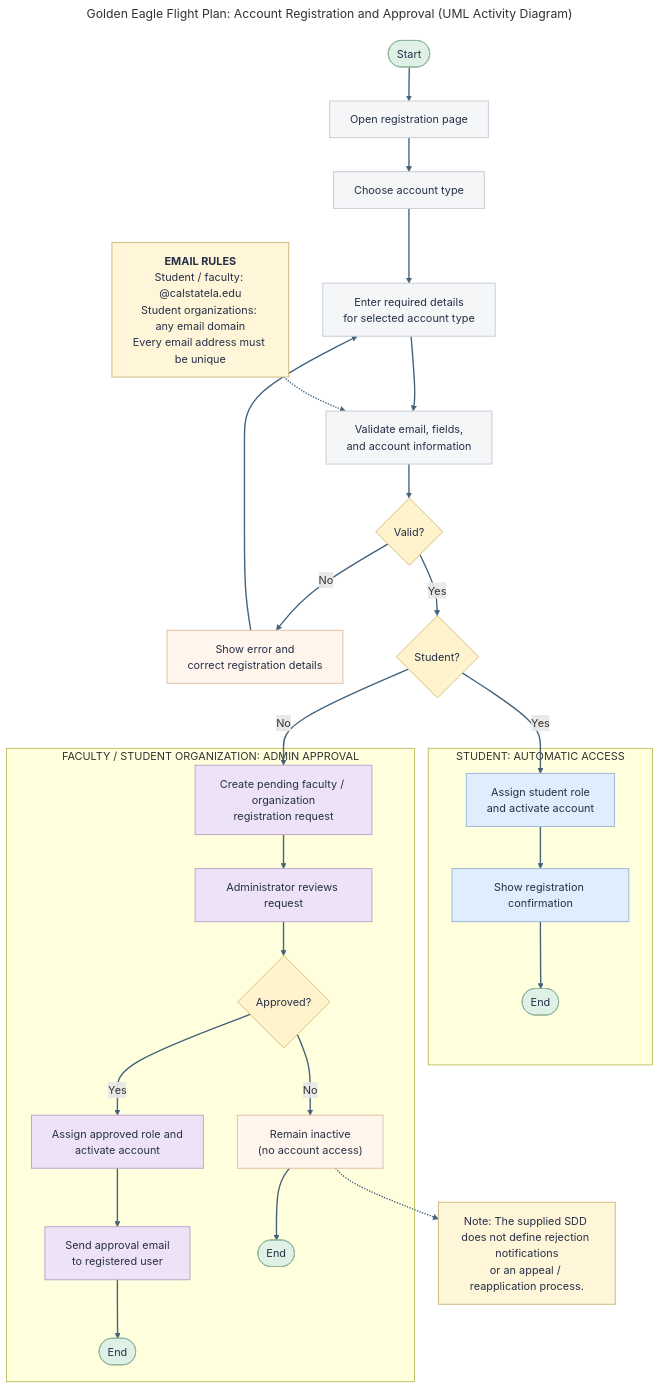
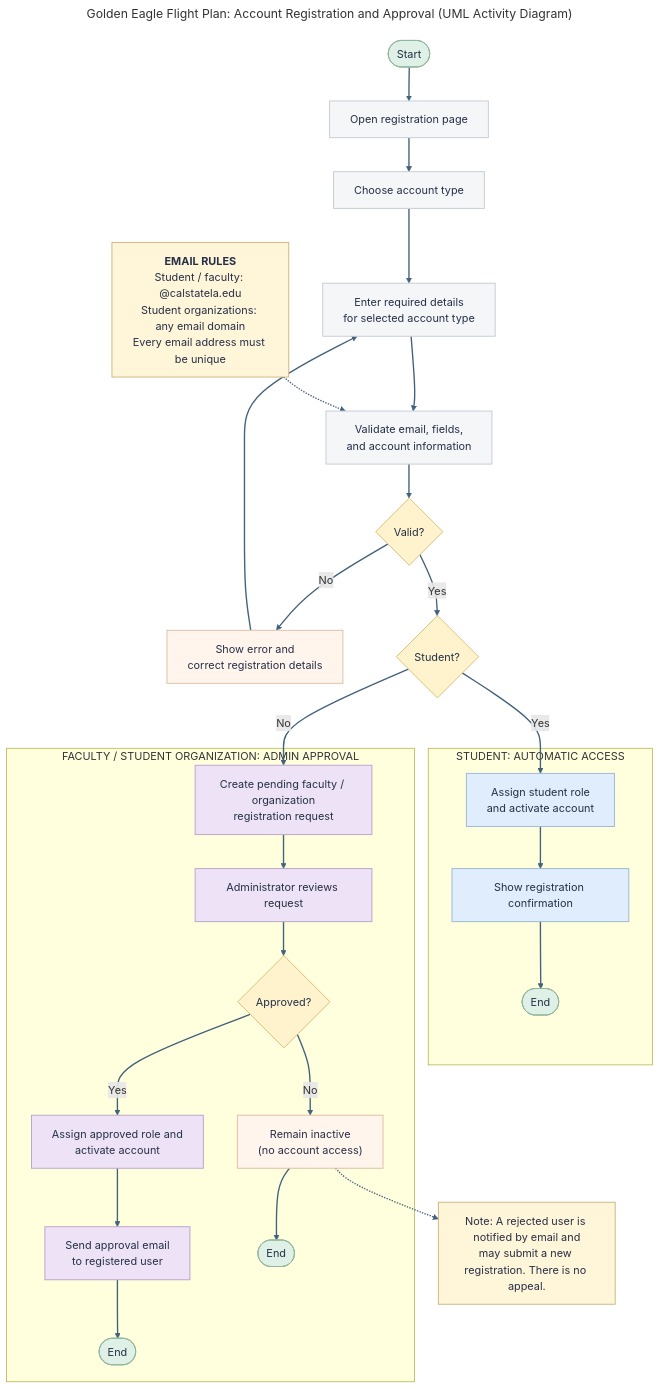
One commit to jasonreese9/CS3338Final changed the diagram in docs/diagrams/Activity_Diagram.mmd. Above: the diagram before and after it, drawn with Mermaid. The commit also changed 13 other files, not shown here.

Commit message:
Remove Major from Faculty Fix SDD to match project_design and SRS for pending and rejected users Add constraints around profile access. Fix the activity diagram to match

```diff
--- a/docs/diagrams/Activity_Diagram.mmd
+++ b/docs/diagrams/Activity_Diagram.mmd
@@ -1,52 +1,52 @@
 ---
 title: "Golden Eagle Flight Plan: Account Registration and Approval (UML Activity Diagram)"
 ---
 flowchart TD
     Start([Start]) --> A[Open registration page]
     A --> B[Choose account type]
     B --> C["Enter required details<br/>for selected account type"]
     C --> D["Validate email, fields,<br/>and account information"]
     D --> V{Valid?}
     V -->|No| X["Show error and<br/>correct registration details"]
     X --> C
     V -->|Yes| S{Student?}
 
     subgraph STU ["STUDENT: AUTOMATIC ACCESS"]
         S1["Assign student role<br/>and activate account"] --> S2[Show registration confirmation]
         S2 --> E1([End])
     end
 
     subgraph FAC ["FACULTY / STUDENT ORGANIZATION: ADMIN APPROVAL"]
         F1["Create pending faculty / organization<br/>registration request"] --> F2[Administrator reviews request]
         F2 --> AP{Approved?}
         AP -->|Yes| F3["Assign approved role and<br/>activate account"]
         F3 --> F4["Send approval email<br/>to registered user"]
         F4 --> E2([End])
         AP -->|No| R["Remain inactive<br/>(no account access)"]
         R --> E3([End])
     end
 
     S -->|Yes| S1
     S -->|No| F1
 
     RULES["<b>EMAIL RULES</b><br/>Student / faculty: @calstatela.edu<br/>Student organizations: any email domain<br/>Every email address must be unique"]
     RULES -.-> D
 
-    NOTE["Note: The supplied SDD does not define rejection notifications<br/>or an appeal / reapplication process."]
+    NOTE["Note: A rejected user is notified by email and<br/>may submit a new registration. There is no appeal."]
     R -.-> NOTE
 
     classDef startEnd fill:#dff1e6,stroke:#92b69e,stroke-width:1.4px,color:#253047
     classDef step fill:#f5f6f8,stroke:#c6ccd5,stroke-width:1.4px,color:#253047
     classDef decision fill:#fff3ce,stroke:#d7be78,stroke-width:1.4px,color:#253047
     classDef retry fill:#fff5ed,stroke:#dfbea3,stroke-width:1.4px,color:#253047
     classDef student fill:#e0edfc,stroke:#9bb7da,stroke-width:1.4px,color:#253047
     classDef faculty fill:#eee3f6,stroke:#bba2cc,stroke-width:1.4px,color:#253047
     classDef note fill:#fff5d9,stroke:#ccb77e,stroke-width:1.4px,color:#253047
     class Start,E1,E2,E3 startEnd
     class A,B,C,D step
     class V,S,AP decision
     class X,R retry
     class S1,S2 student
     class F1,F2,F3,F4 faculty
     class RULES,NOTE note
     linkStyle default stroke:#42617b,stroke-width:2px
```
